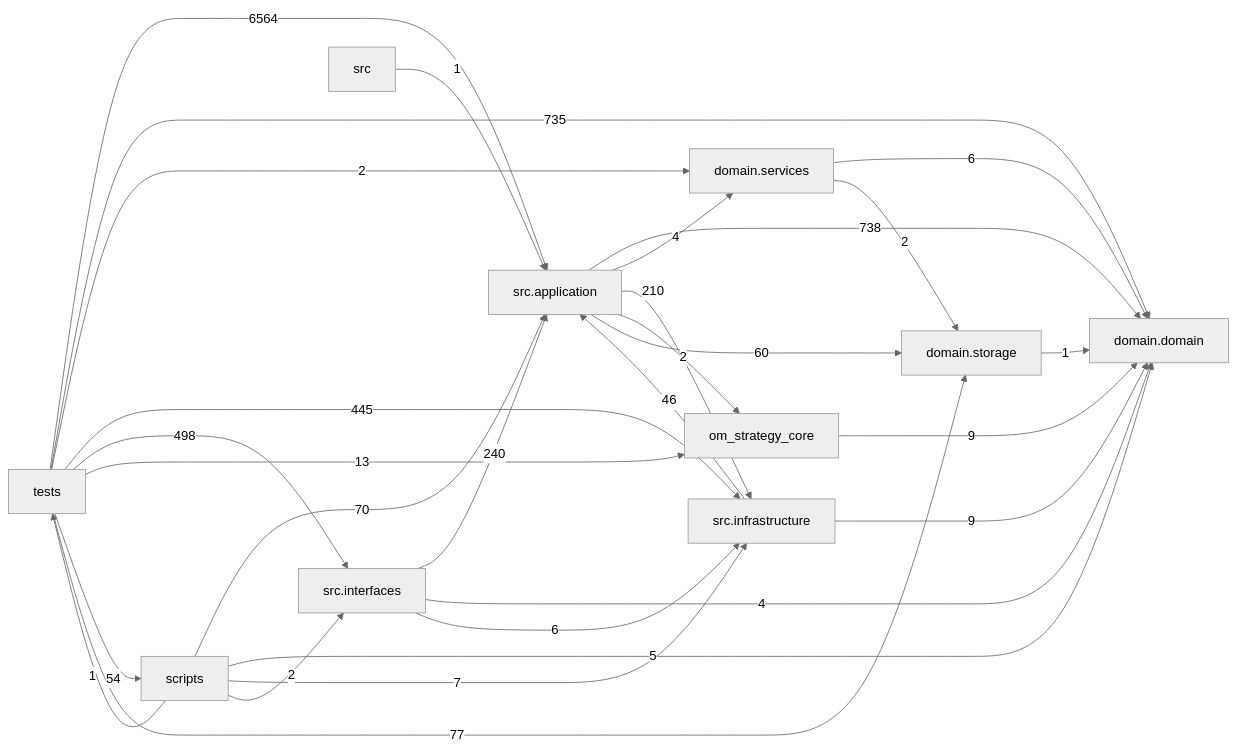
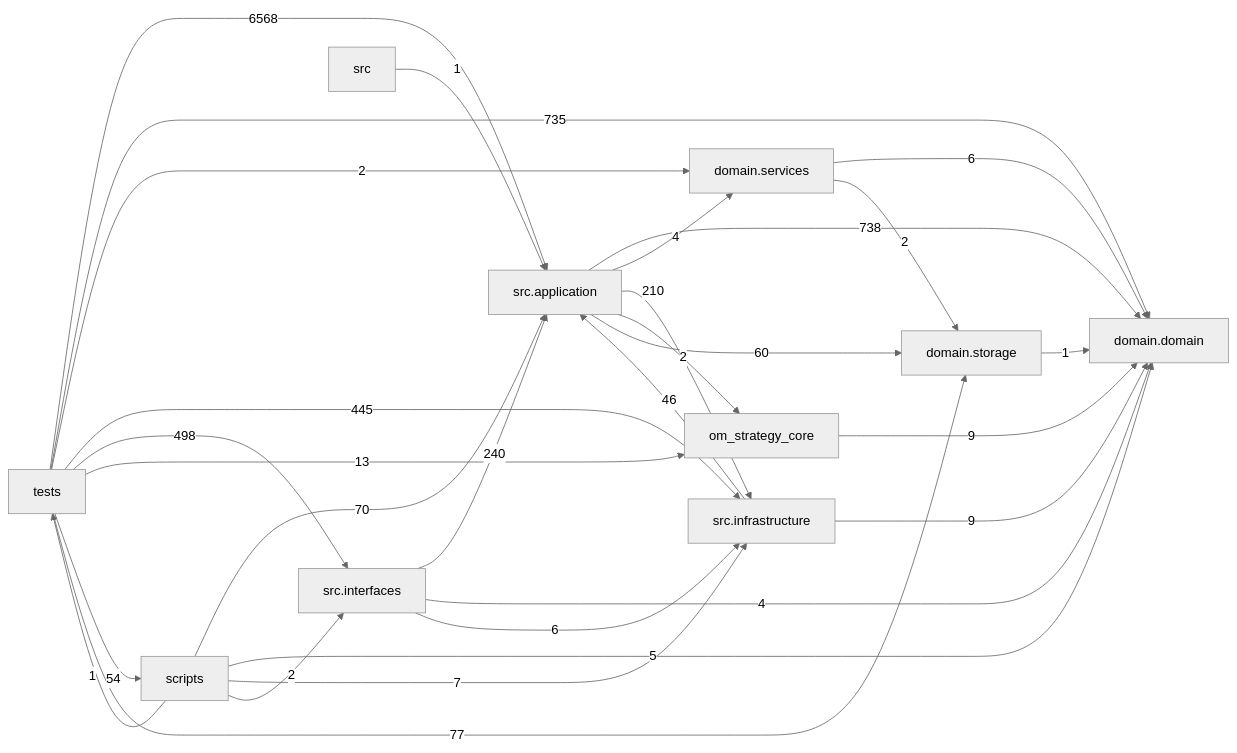
One commit to liuxie066/options-monitor changed the diagram in docs/DEPENDENCY_GRAPH.md. Above: the diagram before and after it, drawn with Mermaid (neutral theme). The commit also changed other lines of this file and 3 other files, not shown here.

````diff
--- a/docs/DEPENDENCY_GRAPH.md
+++ b/docs/DEPENDENCY_GRAPH.md
@@ -24,39 +24,39 @@
 ```mermaid
 flowchart LR
   tests["tests"]
   scripts["scripts"]
   interfaces["src.interfaces"]
   application["src.application"]
   infrastructure["src.infrastructure"]
   domain_services["domain.services"]
   domain["domain.domain"]
   storage["domain.storage"]
   application -->|738| domain
   application -->|4| domain_services
   application -->|210| infrastructure
   application -->|2| om_strategy_core
   application -->|60| storage
   domain_services -->|6| domain
   domain_services -->|2| storage
   infrastructure -->|46| application
   infrastructure -->|9| domain
   interfaces -->|240| application
   interfaces -->|4| domain
   interfaces -->|6| infrastructure
   om_strategy_core -->|9| domain
   scripts -->|70| application
   scripts -->|5| domain
   scripts -->|7| infrastructure
   scripts -->|2| interfaces
   scripts -->|1| tests
   src -->|1| application
   storage -->|1| domain
-  tests -->|6564| application
+  tests -->|6568| application
   tests -->|735| domain
   tests -->|2| domain_services
   tests -->|445| infrastructure
   tests -->|498| interfaces
   tests -->|13| om_strategy_core
   tests -->|54| scripts
   tests -->|77| storage
 ```
````
